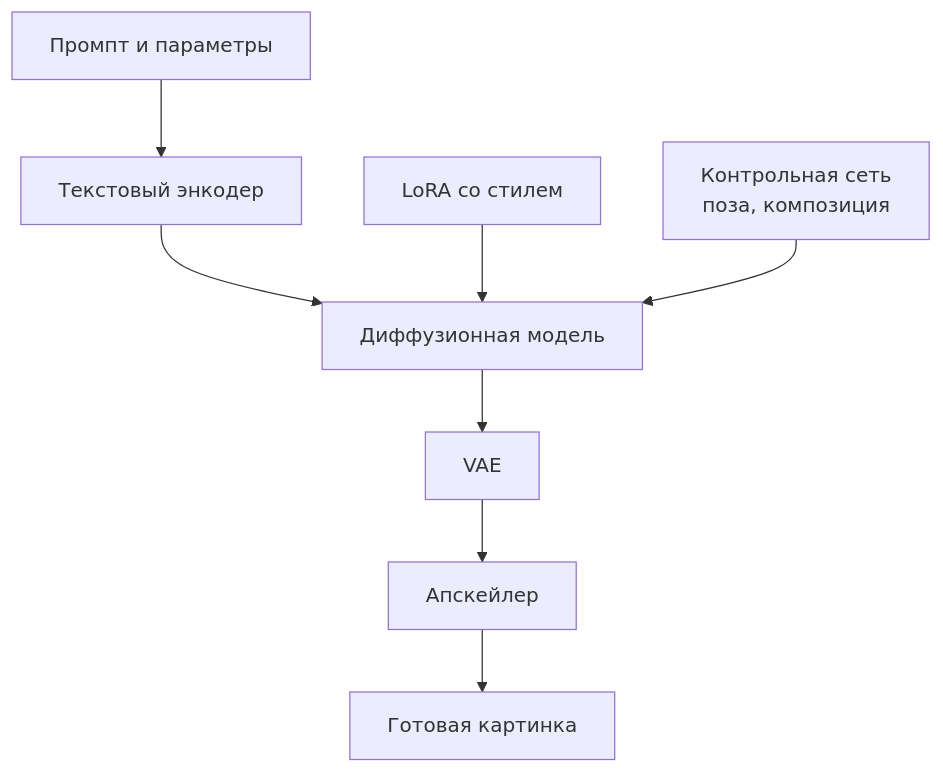
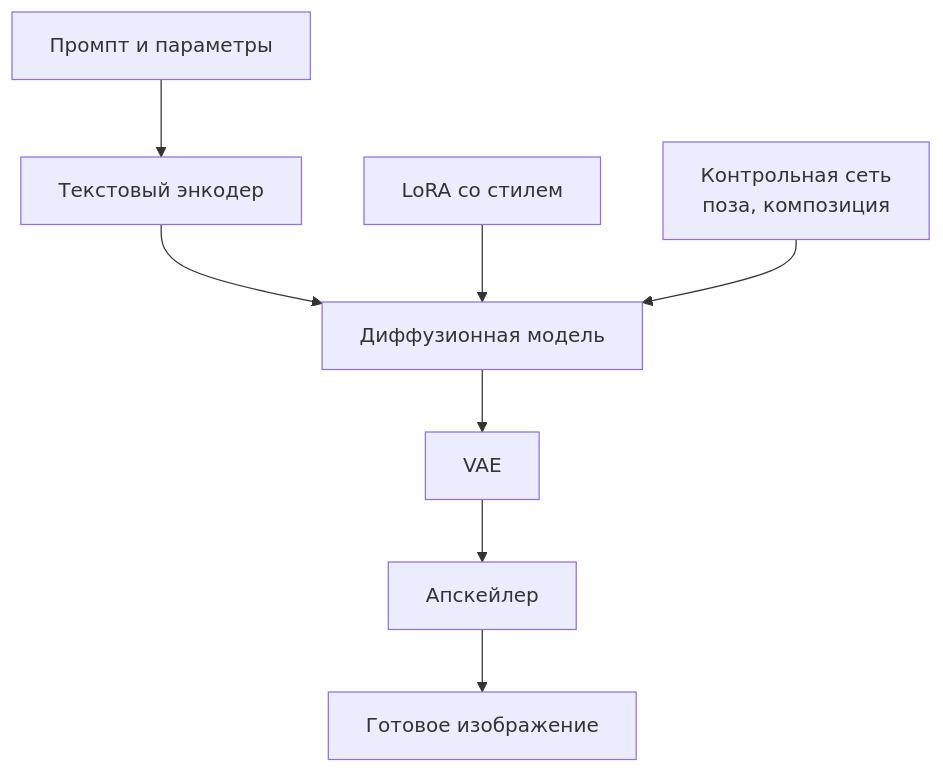
One commit to balkhaev/balkhaev.com changed the first of 2 diagrams in content/blog/inference-media/ru.md. Above: the diagram before and after it, drawn with Mermaid. The commit also changed other lines of this file and 15 other files, not shown here.

````diff
--- a/content/blog/inference-media/ru.md
+++ b/content/blog/inference-media/ru.md
@@ -74,15 +74,15 @@
 ```mermaid
 flowchart TD
   prompt[Промпт и параметры]
   te[Текстовый энкодер]
   lora[LoRA со стилем]
   diff[Диффузионная модель]
   ctrl[Контрольная сеть<br/>поза, композиция]
   vae[VAE]
   up[Апскейлер]
-  out[Готовая картинка]
+  out[Готовое изображение]
   prompt --> te --> diff
   lora --> diff
   ctrl --> diff
   diff --> vae --> up --> out
 ```
````
